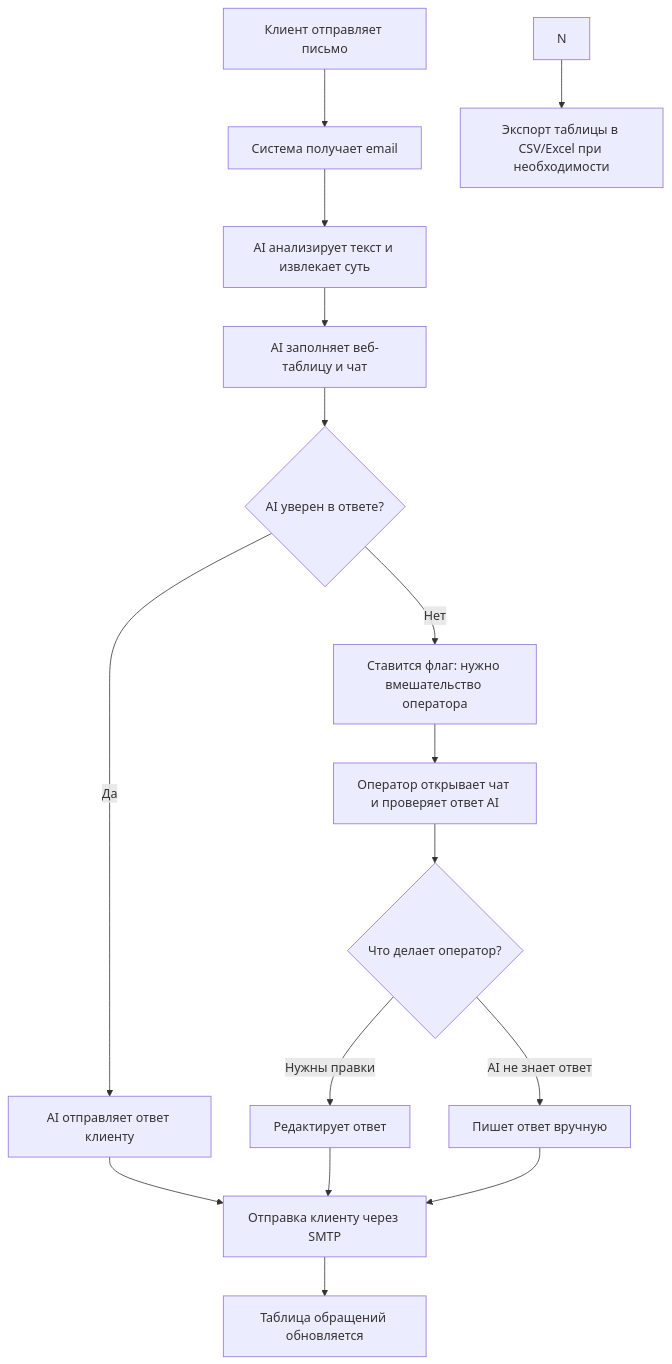
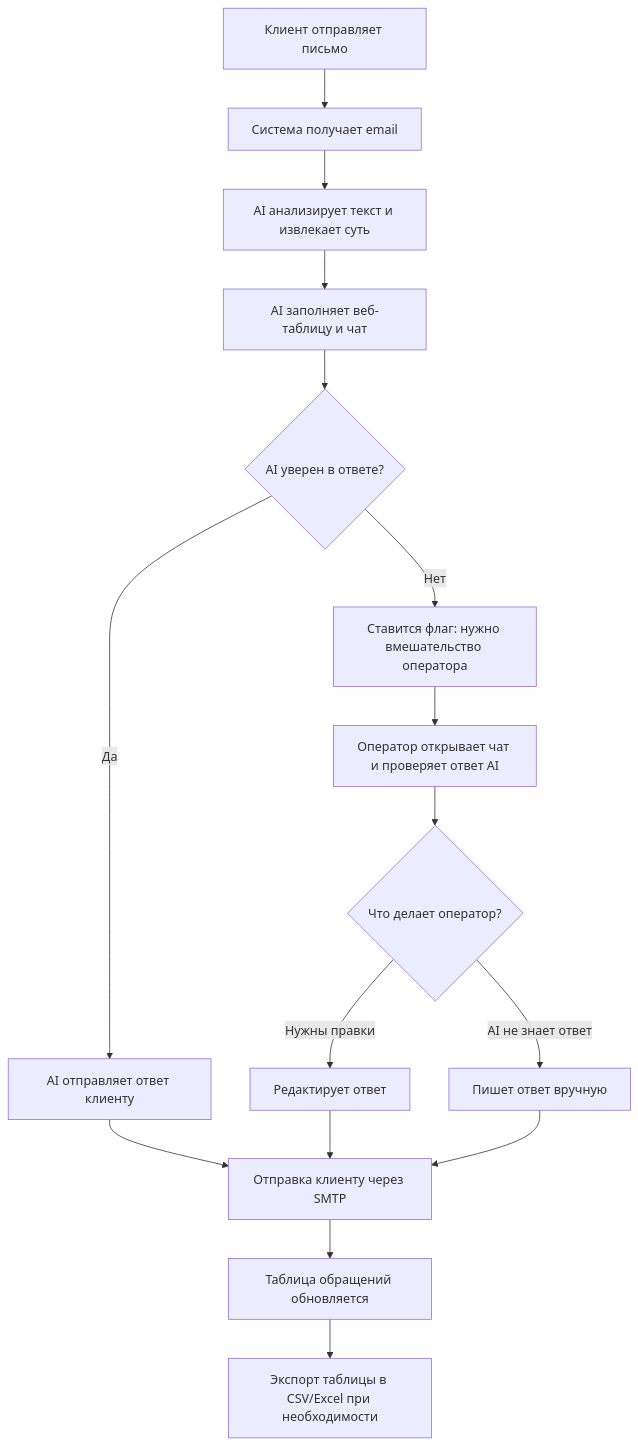
The diagram in README.md (0Carpediem0/Nandi_Enigma_Public_TestQuest), drawn with Mermaid before and after one commit.

````diff
--- a/README.md
+++ b/README.md
@@ -25,18 +25,18 @@
 ```mermaid
 flowchart TD
     A[Клиент отправляет письмо] --> B[Система получает email]
     B --> C[AI анализирует текст и извлекает суть]
     C --> D[AI заполняет веб-таблицу и чат]
     D --> E{AI уверен в ответе?}
     E -->|Да| F[AI отправляет ответ клиенту]
     E -->|Нет| G[Ставится флаг: нужно вмешательство оператора]
     G --> H[Оператор открывает чат и проверяет ответ AI]
     H --> I{Что делает оператор?}
     I -->|Нужны правки| J[Редактирует ответ]
     I -->|AI не знает ответ| K[Пишет ответ вручную]
     F --> L[Отправка клиенту через SMTP]
     J --> L[Отправка клиенту через SMTP]
     K --> L
     L --> M[Таблица обращений обновляется]
-    N --> O[Экспорт таблицы в CSV/Excel при необходимости]
+    M --> N[Экспорт таблицы в CSV/Excel при необходимости]
 ```
````
